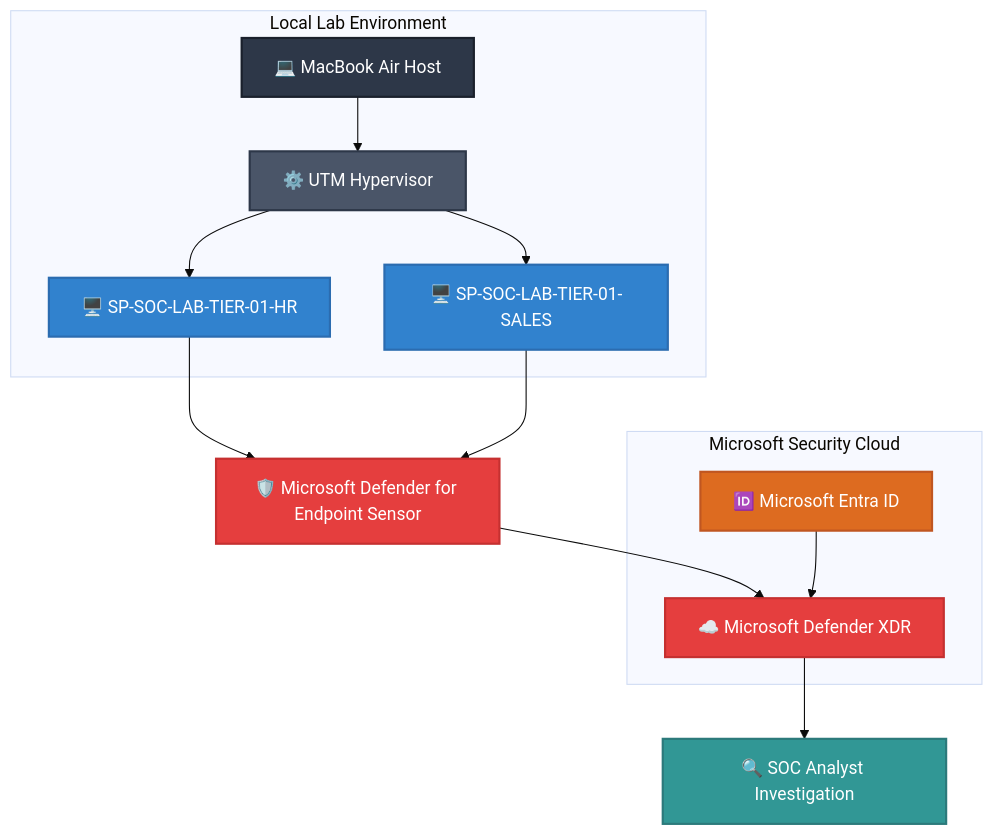
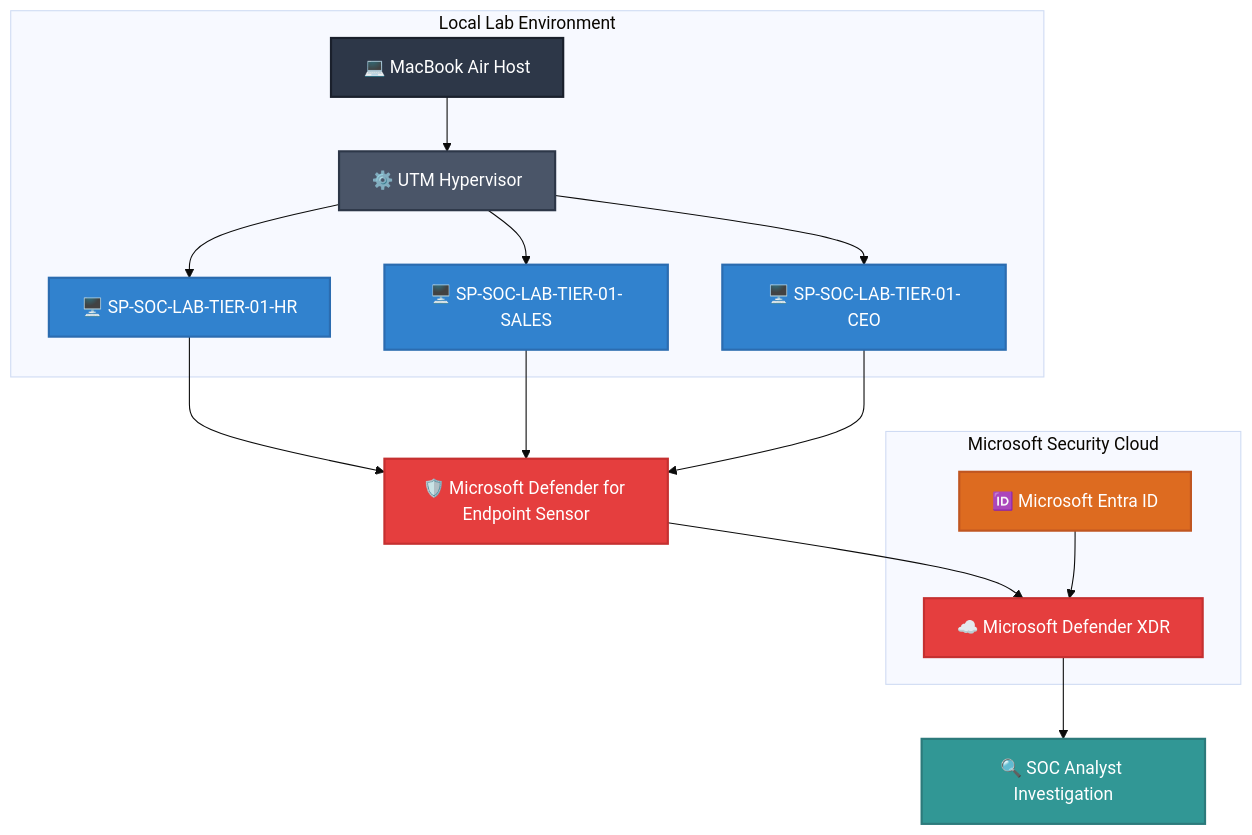
Before and after one commit to sachinpatil-soc/Enterprise-Microsoft-Defender-XDR-Lab: the diagram in README.md, drawn with Mermaid (base theme). The commit also changed other lines of this file, not shown here.

Commit message:
Update README with CEO onboarding and diagram changes
Added onboarding task for CEO-LAPTOP-01 to Microsoft Defender for Endpoint and updated diagram to include additional endpoint.

````diff
--- a/README.md
+++ b/README.md
@@ -15,44 +15,51 @@
 ```Mermaid
 
 graph TD
     %% Styles
     classDef host fill:#2d3748,stroke:#1a202c,stroke-width:2px,color:#fff;
     classDef hyper fill:#4a5568,stroke:#2d3748,stroke-width:2px,color:#fff;
     classDef endpoint fill:#3182ce,stroke:#2b6cb0,stroke-width:2px,color:#fff;
     classDef security fill:#e53e3e,stroke:#c53030,stroke-width:2px,color:#fff;
     classDef identity fill:#dd6b20,stroke:#c05621,stroke-width:2px,color:#fff;
     classDef soc fill:#319795,stroke:#2c7a7b,stroke-width:2px,color:#fff;
 
     A[💻 MacBook Air Host]:::host
     B[⚙️ UTM Hypervisor]:::hyper
+
     C1[🖥️ SP-SOC-LAB-TIER-01-HR]:::endpoint
     C2[🖥️ SP-SOC-LAB-TIER-01-SALES]:::endpoint
+    C3[🖥️ SP-SOC-LAB-TIER-01-CEO]:::endpoint
+
     D[🛡️ Microsoft Defender for Endpoint Sensor]:::security
     E[☁️ Microsoft Defender XDR]:::security
     F[🆔 Microsoft Entra ID]:::identity
     G[🔍 SOC Analyst Investigation]:::soc
 
     A --> B
     B --> C1
     B --> C2
+    B --> C3
+
     C1 --> D
     C2 --> D
+    C3 --> D
+
     D --> E
     F --> E
     E --> G
 
     subgraph Local_Lab["Local Lab Environment"]
         A
         B
         C1
         C2
+        C3
     end
 
     subgraph Microsoft_Cloud["Microsoft Security Cloud"]
         E
         F
     end
 
 
-
  ```
````
